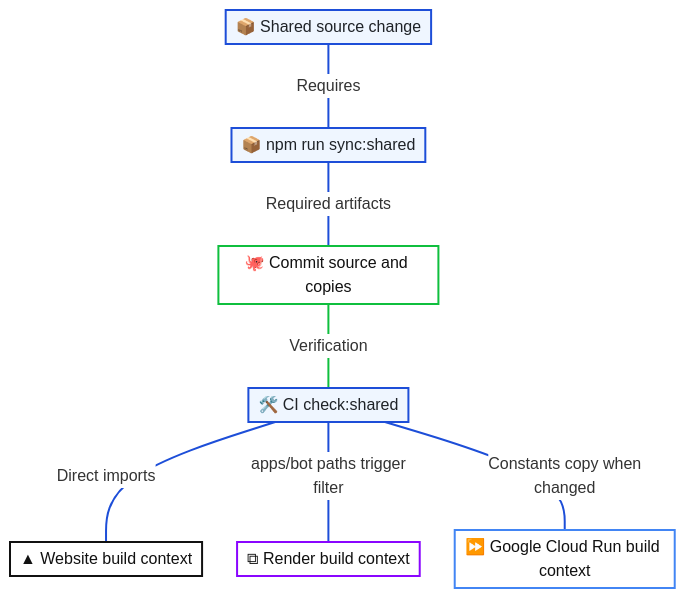
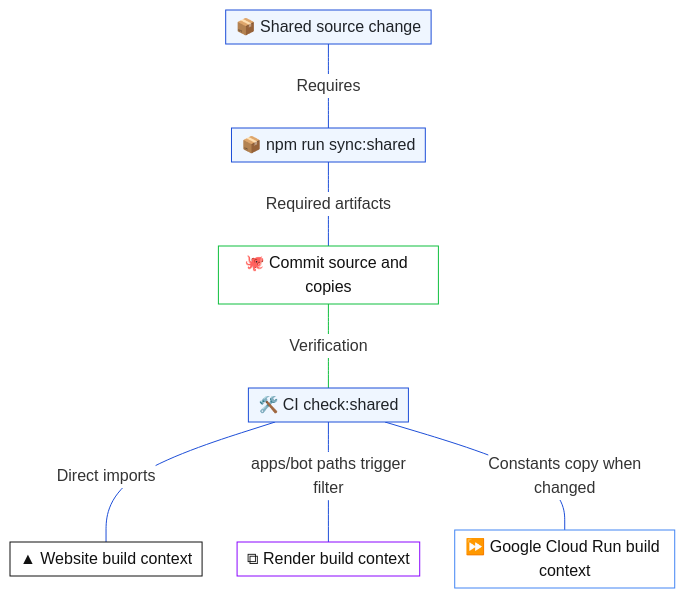
One commit to T00few2/dzr changed the third of 3 diagrams in docs/architecture/operations.md. Above: the diagram before and after it, drawn with Mermaid. The commit also changed other lines of this file and 34 other files, not shown here.

Commit message:
docs: use normal strokes and enforce 12px sequence labels

````diff
--- a/docs/architecture/operations.md
+++ b/docs/architecture/operations.md
@@ -118,34 +118,34 @@
 ```mermaid
 ---
 config:
   theme: base
   themeVariables:
     edgeLabelBackground: '#ffffff'
   themeCSS: |
     .edgeLabel, .edgeLabel p { font-size: 12px !important; }
     :is(&) { background: #ffffff; }
   flowchart:
     padding: 5
     nodeSpacing: 35
     rankSpacing: 60
 ---
 flowchart TB
     edit["📦 Shared source change"] ---|Requires| sync["📦 npm run sync:shared"]
     sync ---|Required artifacts| commit["🐙 Commit source and copies"]
     commit ---|Verification| check["🛠️ CI check:shared"]
     check ---|Direct imports| web["▲ Website build context"]
     check ---|apps/bot paths trigger<br/>filter| bot["⧉ Render build context"]
     check ---|Constants copy when<br/>changed| api["⏩ Google Cloud Run build context"]
-    classDef default fill:#eff6ff,stroke:#1d4ed8,stroke-width:2px,color:#1f2328
-    classDef external fill:#fff1f2,stroke:#b91c1c,stroke-width:2px,color:#1f2328
-    linkStyle default stroke:#1d4ed8,stroke-width:2px
-    classDef provider0 fill:#ffffff,stroke:#111111,stroke-width:2px,color:#111111
+    classDef default fill:#eff6ff,stroke:#1d4ed8,color:#1f2328
+    classDef external fill:#fff1f2,stroke:#b91c1c,color:#1f2328
+    linkStyle default stroke:#1d4ed8
+    classDef provider0 fill:#ffffff,stroke:#111111,color:#111111
     class web provider0
-    classDef provider1 fill:#ffffff,stroke:#8A05FF,stroke-width:2px,color:#111111
+    classDef provider1 fill:#ffffff,stroke:#8A05FF,color:#111111
     class bot provider1
-    classDef provider2 fill:#ffffff,stroke:#4285F4,stroke-width:2px,color:#111111
+    classDef provider2 fill:#ffffff,stroke:#4285F4,color:#111111
     class api provider2
-    classDef provider3 fill:#ffffff,stroke:#0FBF3E,stroke-width:2px,color:#111111
+    classDef provider3 fill:#ffffff,stroke:#0FBF3E,color:#111111
     class commit provider3
-    linkStyle 2 stroke:#0FBF3E,stroke-width:2px
+    linkStyle 2 stroke:#0FBF3E
 ```
````
